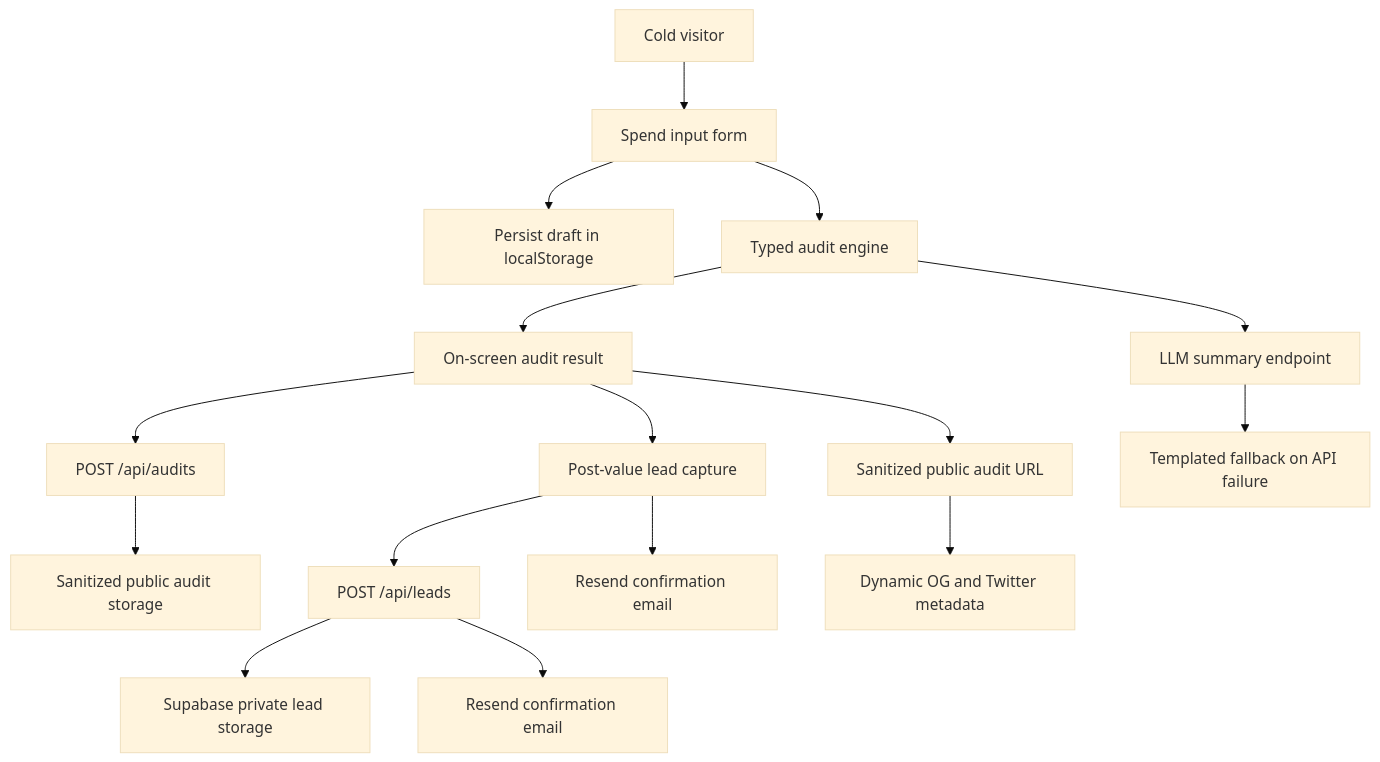
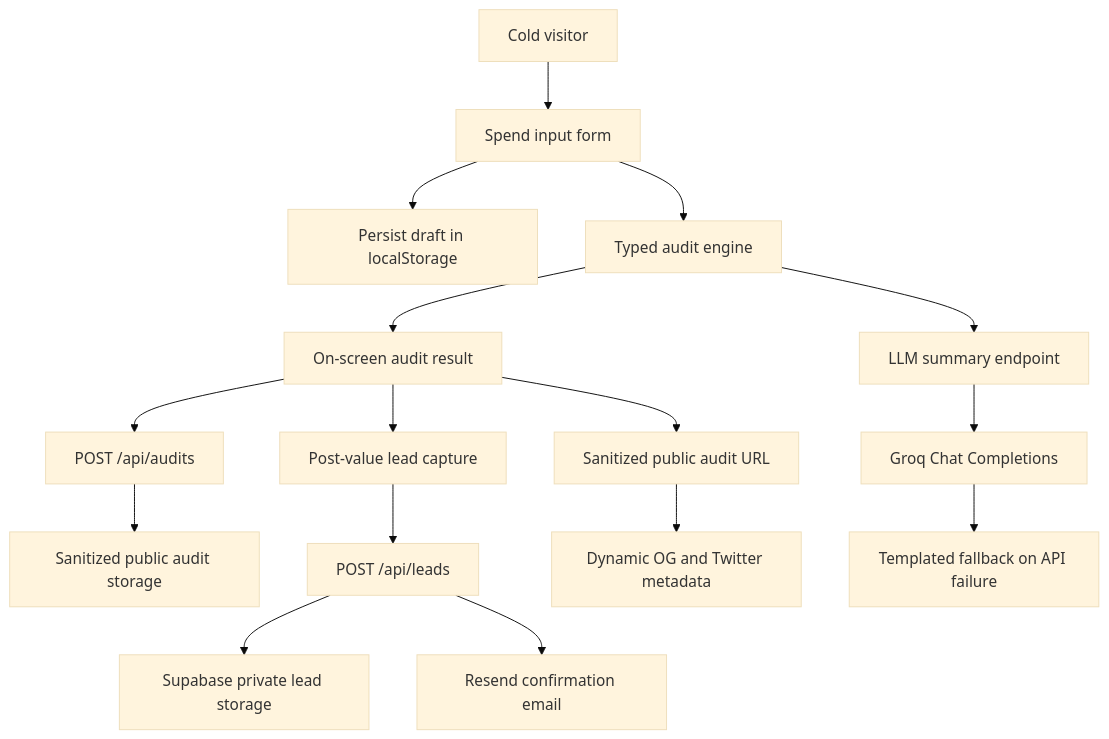
The diagram in ARCHITECTURE.md (emphor11/credex), drawn with Mermaid (base theme) before and after one commit. The commit also changed other lines of this file and 13 other files, not shown here.

````diff
--- a/ARCHITECTURE.md
+++ b/ARCHITECTURE.md
@@ -3,18 +3,18 @@
 ```mermaid
 flowchart TD
   Visitor["Cold visitor"] --> Form["Spend input form"]
   Form --> LocalStorage["Persist draft in localStorage"]
   Form --> Engine["Typed audit engine"]
   Engine --> Results["On-screen audit result"]
   Results --> AuditAPI["POST /api/audits"]
   AuditAPI --> PublicStore["Sanitized public audit storage"]
   Results --> Lead["Post-value lead capture"]
   Lead --> LeadAPI["POST /api/leads"]
   LeadAPI --> Supabase["Supabase private lead storage"]
   LeadAPI --> Resend["Resend confirmation email"]
-  Lead --> Email["Resend confirmation email"]
   Results --> PublicAudit["Sanitized public audit URL"]
   PublicAudit --> OG["Dynamic OG and Twitter metadata"]
   Engine --> Summary["LLM summary endpoint"]
-  Summary --> Fallback["Templated fallback on API failure"]
+  Summary --> Groq["Groq Chat Completions"]
+  Groq --> Fallback["Templated fallback on API failure"]
 ```
````
